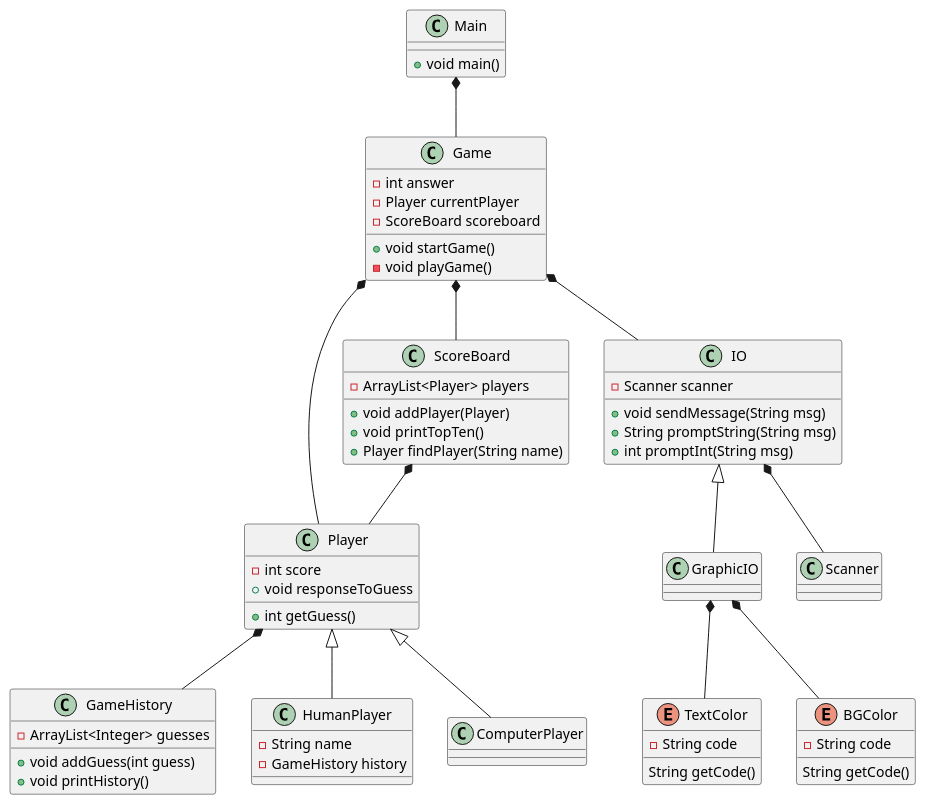
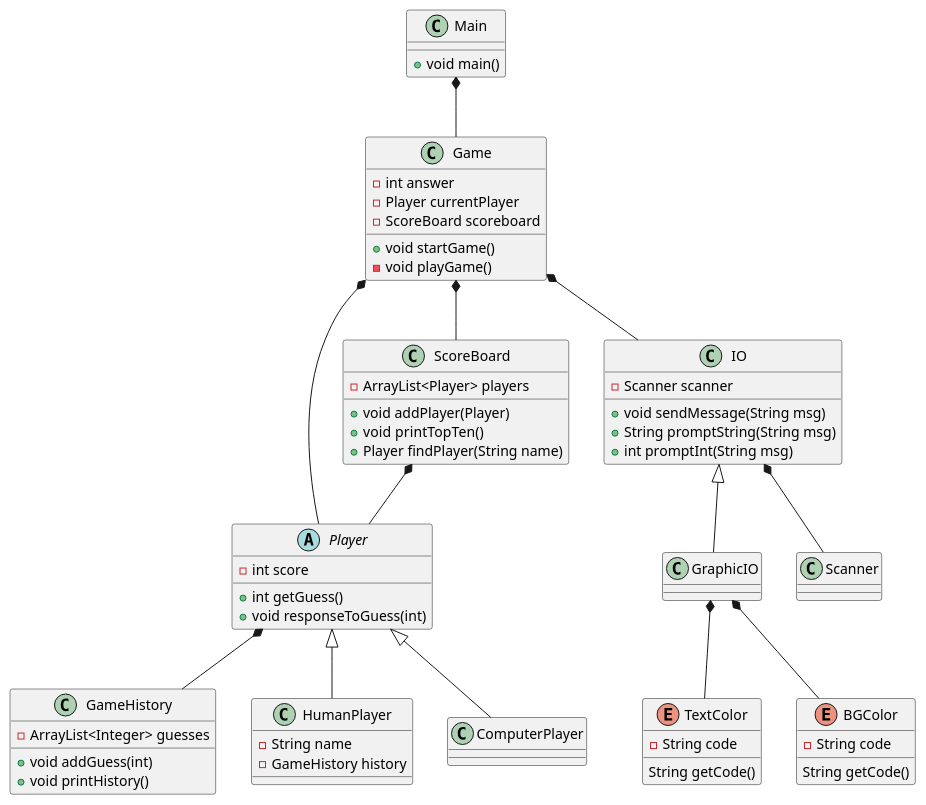
One commit to Dat1Cphbusiness/spring2026 changed the diagram in documentation/numbergame.puml. Above: the diagram before and after it, drawn with PlantUML. The commit also changed 4 other files, not shown here.

```diff
--- a/documentation/numbergame.puml
+++ b/documentation/numbergame.puml
@@ -1,82 +1,82 @@
 @startuml
 'https://plantuml.com/class-diagram
 
 class Game{
     - int answer
     - Player currentPlayer
     - ScoreBoard scoreboard
     + void startGame()
     - void playGame()
 }
 
 class GameHistory{
     - ArrayList<Integer> guesses
-    + void addGuess(int guess)
+    + void addGuess(int)
     + void printHistory()
 }
 
-class Player{
+abstract class Player{
     - int score
     + int getGuess()
-    + void responseToGuess
+    + void responseToGuess(int)
 }
 
 class HumanPlayer{
     - String name
     - GameHistory history
 }
 
 class ComputerPlayer{
 
 }
 
 
 
 class ScoreBoard{
     - ArrayList<Player> players
     + void addPlayer(Player)
     + void printTopTen()
     + Player findPlayer(String name)
 }
 
 class IO{
     - Scanner scanner
     + void sendMessage(String msg)
     + String promptString(String msg)
     + int promptInt(String msg)
 }
 
 class GraphicIO{}
 
 class Main{
     + void main()
 }
 
 class Scanner{}
 
 enum TextColor{
     - String code
     String getCode()
 }
 
 enum BGColor{
     - String code
     String getCode()
 }
 
 
 
 IO *-- Scanner
 Game *-- IO
 Game *-- Player
 Main *-- Game
 IO <|-- GraphicIO
 Game *-- ScoreBoard
 ScoreBoard *-- Player
 GraphicIO *-- TextColor
 GraphicIO *-- BGColor
 Player *-- GameHistory
 Player <|-- HumanPlayer
 Player <|-- ComputerPlayer
 
 @enduml
```
